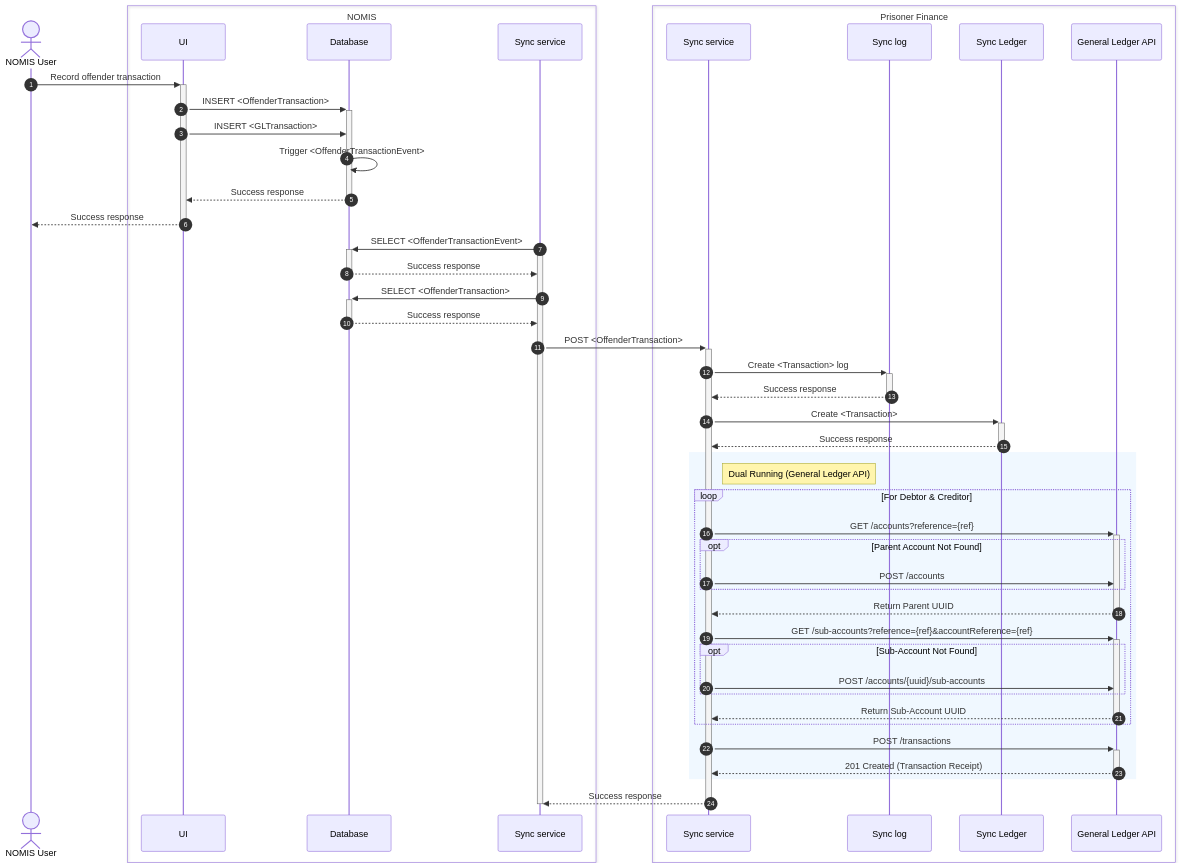
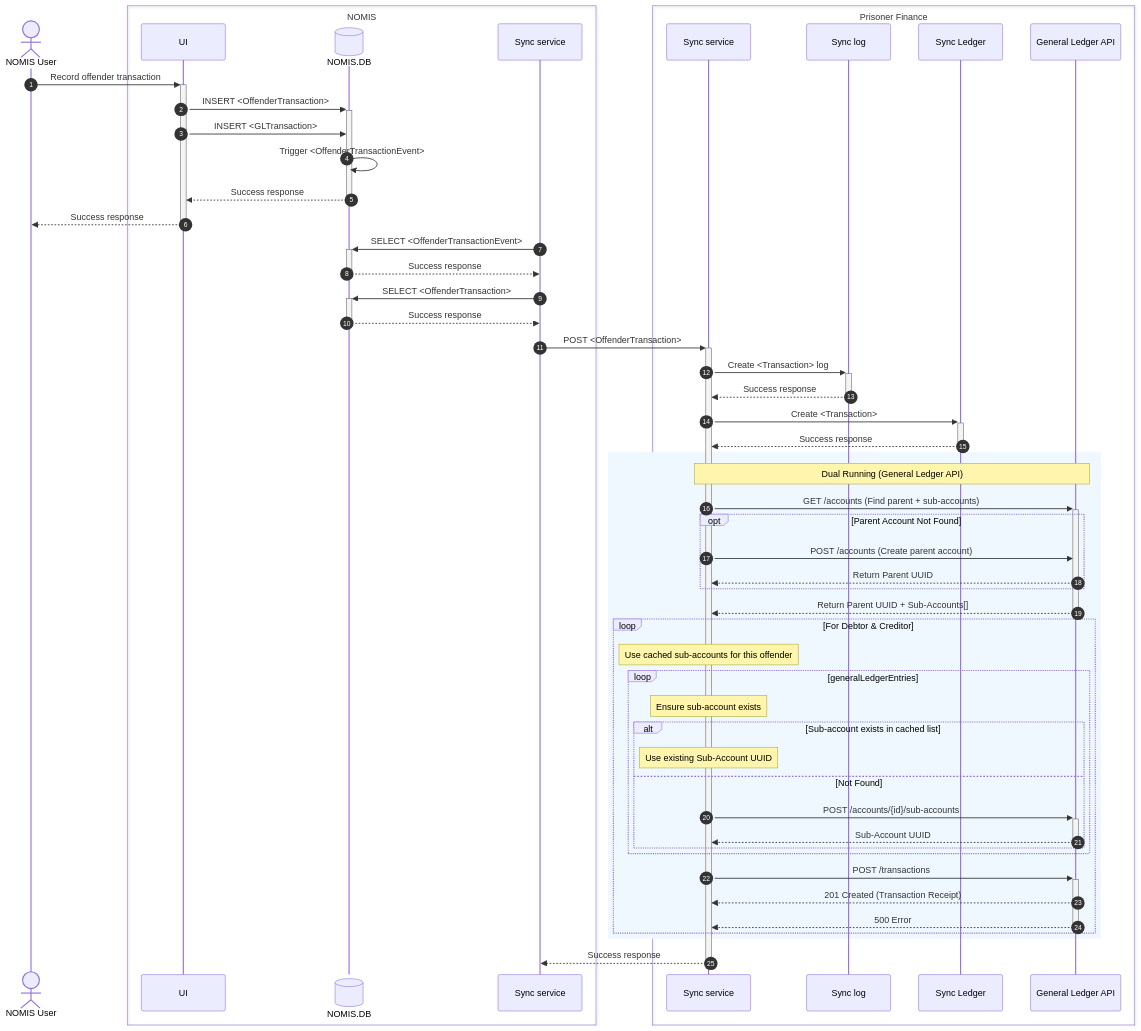
The third of 6 diagrams in docs/architecture/docs/sync-processes.md (ministryofjustice/hmpps-prisoner-finance-sync-api), drawn with Mermaid before and after one commit.

Commit message:
Update sequence diagram to improve logic (#118)
* Update sequence diagram to show the new optimised GET account GL flow.

````diff
--- a/docs/architecture/docs/sync-processes.md
+++ b/docs/architecture/docs/sync-processes.md
@@ -133,57 +133,77 @@
 ```mermaid
 sequenceDiagram
     actor user as NOMIS User
+
     box NOMIS
         participant NOMIS.UI as UI
-        participant NOMIS.DB as Database
+        participant NOMIS.DB@{ "type" : "database" }
         participant NOMIS.sync as Sync service
     end
+
     box Prisoner Finance
         participant PF.sync as Sync service
         participant PF.log as Sync log
         participant PF.ledger as Sync Ledger
         participant PF.newGL as General Ledger API
     end
 
     autonumber
 
     user ->>+ NOMIS.UI: Record offender transaction
     NOMIS.UI ->>+ NOMIS.DB: INSERT <OffenderTransaction>
     NOMIS.UI ->> NOMIS.DB: INSERT <GLTransaction>
     NOMIS.DB ->> NOMIS.DB: Trigger <OffenderTransactionEvent>
     NOMIS.DB -->>- NOMIS.UI: Success response
     NOMIS.UI -->>- user: Success response
+
     NOMIS.sync ->>+ NOMIS.DB: SELECT <OffenderTransactionEvent>
-    activate NOMIS.sync
     NOMIS.DB -->>- NOMIS.sync: Success response
+
     NOMIS.sync ->>+ NOMIS.DB: SELECT <OffenderTransaction>
     NOMIS.DB -->>- NOMIS.sync: Success response
+
     NOMIS.sync ->>+ PF.sync: POST <OffenderTransaction>
+
     PF.sync ->>+ PF.log: Create <Transaction> log
     PF.log -->>- PF.sync: Success response
+
     PF.sync ->>+ PF.ledger: Create <Transaction>
     PF.ledger -->>- PF.sync: Success response
+
     rect rgb(240, 248, 255)
-        note right of PF.sync: Dual Running (General Ledger API)
+        note over PF.sync,PF.newGL: Dual Running (General Ledger API)
 
+        PF.sync ->>+ PF.newGL: GET /accounts (Find parent + sub-accounts)
+
+        opt Parent Account Not Found
+            PF.sync ->> PF.newGL: POST /accounts (Create parent account)
+            PF.newGL -->> PF.sync: Return Parent UUID
+        end
+        
+        PF.newGL -->>- PF.sync: Return Parent UUID + Sub-Accounts[]
+        
         loop For Debtor & Creditor
-            PF.sync ->>+ PF.newGL: GET /accounts?reference={ref}
-            opt Parent Account Not Found
-                PF.sync ->> PF.newGL: POST /accounts
+ 
+            note over PF.sync: Use cached sub-accounts for this offender
+
+            loop generalLedgerEntries
+
+                note over PF.sync: Ensure sub-account exists
+                alt Sub-account exists in cached list
+                    Note over PF.sync: Use existing Sub-Account UUID
+                else Not Found
+                    PF.sync ->>+ PF.newGL: POST /accounts/{id}/sub-accounts
+                    PF.newGL -->>- PF.sync: Sub-Account UUID
+                end
+
             end
-            PF.newGL -->>- PF.sync: Return Parent UUID
 
-            PF.sync ->>+ PF.newGL: GET /sub-accounts?reference={ref}&accountReference={ref}
-            opt Sub-Account Not Found
-                PF.sync ->> PF.newGL: POST /accounts/{uuid}/sub-accounts
-            end
-            PF.newGL -->>- PF.sync: Return Sub-Account UUID
+            PF.sync ->>+ PF.newGL: POST /transactions
+            PF.newGL -->> PF.sync: 201 Created (Transaction Receipt)
+            PF.newGL -->>- PF.sync: 500 Error
         end
 
-        PF.sync ->>+ PF.newGL: POST /transactions
-        PF.newGL -->>- PF.sync: 201 Created (Transaction Receipt)
     end
 
     PF.sync -->>- NOMIS.sync: Success response
-    deactivate NOMIS.sync
 ```
````
